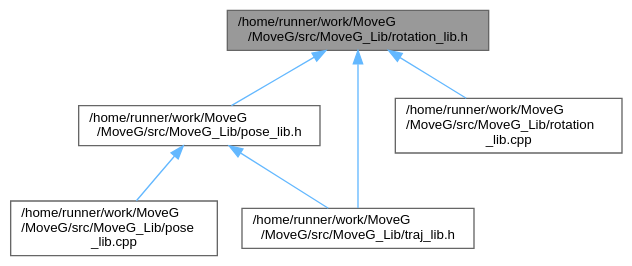
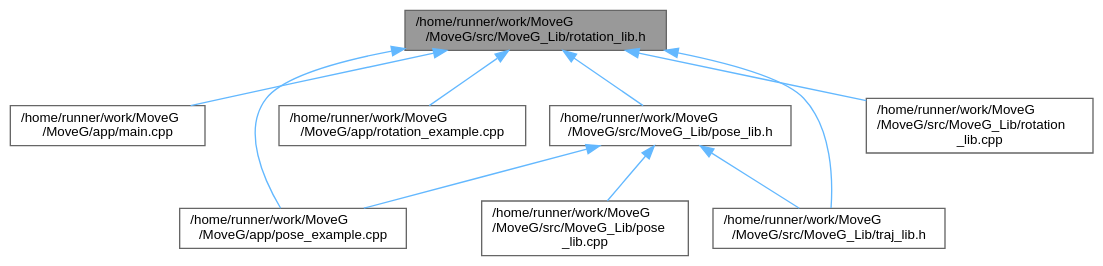
One commit to GiorgioMedico/MoveG changed the diagram in rotation__lib_8h__dep__incl.dot. Above: the diagram before and after it, drawn with Graphviz. The commit also changed 235 other files, not shown here.

```diff
--- a/rotation__lib_8h__dep__incl.dot
+++ b/rotation__lib_8h__dep__incl.dot
@@ -1,17 +1,25 @@
 digraph "/home/runner/work/MoveG/MoveG/src/MoveG_Lib/rotation_lib.h"
 {
+ // INTERACTIVE_SVG=YES
  // LATEX_PDF_SIZE
   bgcolor="transparent";
   edge [fontname=Helvetica,fontsize=10,labelfontname=Helvetica,labelfontsize=10];
   node [fontname=Helvetica,fontsize=10,shape=box,height=0.2,width=0.4];
   Node1 [id="Node000001",label="/home/runner/work/MoveG\l/MoveG/src/MoveG_Lib/rotation_lib.h",height=0.2,width=0.4,color="gray40", fillcolor="grey60", style="filled", fontcolor="black",tooltip="Class for representing and manipulating 3D rotations."];
   Node1 -> Node2 [id="edge1_Node000001_Node000002",dir="back",color="steelblue1",style="solid",tooltip=" "];
-  Node2 [id="Node000002",label="/home/runner/work/MoveG\l/MoveG/src/MoveG_Lib/pose_lib.h",height=0.2,width=0.4,color="grey40", fillcolor="white", style="filled",URL="$pose__lib_8h.html",tooltip="Class for representing Poses."];
-  Node2 -> Node3 [id="edge2_Node000002_Node000003",dir="back",color="steelblue1",style="solid",tooltip=" "];
-  Node3 [id="Node000003",label="/home/runner/work/MoveG\l/MoveG/src/MoveG_Lib/pose\l_lib.cpp",height=0.2,width=0.4,color="grey40", fillcolor="white", style="filled",URL="$pose__lib_8cpp.html",tooltip="Class for representing Poses."];
-  Node2 -> Node4 [id="edge3_Node000002_Node000004",dir="back",color="steelblue1",style="solid",tooltip=" "];
-  Node4 [id="Node000004",label="/home/runner/work/MoveG\l/MoveG/src/MoveG_Lib/traj_lib.h",height=0.2,width=0.4,color="grey40", fillcolor="white", style="filled",URL="$traj__lib_8h.html",tooltip="Classe per la rappresentazione di Traiettorie."];
+  Node2 [id="Node000002",label="/home/runner/work/MoveG\l/MoveG/app/main.cpp",height=0.2,width=0.4,color="grey40", fillcolor="white", style="filled",URL="$main_8cpp.html",tooltip=" "];
+  Node1 -> Node3 [id="edge2_Node000001_Node000003",dir="back",color="steelblue1",style="solid",tooltip=" "];
+  Node3 [id="Node000003",label="/home/runner/work/MoveG\l/MoveG/app/pose_example.cpp",height=0.2,width=0.4,color="grey40", fillcolor="white", style="filled",URL="$pose__example_8cpp.html",tooltip="Example demonstrating usage of the MoveG Pose library."];
+  Node1 -> Node4 [id="edge3_Node000001_Node000004",dir="back",color="steelblue1",style="solid",tooltip=" "];
+  Node4 [id="Node000004",label="/home/runner/work/MoveG\l/MoveG/app/rotation_example.cpp",height=0.2,width=0.4,color="grey40", fillcolor="white", style="filled",URL="$rotation__example_8cpp.html",tooltip="Example demonstrating usage of the MoveG Rotation library."];
   Node1 -> Node5 [id="edge4_Node000001_Node000005",dir="back",color="steelblue1",style="solid",tooltip=" "];
-  Node5 [id="Node000005",label="/home/runner/work/MoveG\l/MoveG/src/MoveG_Lib/rotation\l_lib.cpp",height=0.2,width=0.4,color="grey40", fillcolor="white", style="filled",URL="$rotation__lib_8cpp.html",tooltip="Class for representing and manipulating 3D rotations."];
-  Node1 -> Node4 [id="edge5_Node000001_Node000004",dir="back",color="steelblue1",style="solid",tooltip=" "];
+  Node5 [id="Node000005",label="/home/runner/work/MoveG\l/MoveG/src/MoveG_Lib/pose_lib.h",height=0.2,width=0.4,color="grey40", fillcolor="white", style="filled",URL="$pose__lib_8h.html",tooltip="Class for representing Poses."];
+  Node5 -> Node3 [id="edge5_Node000005_Node000003",dir="back",color="steelblue1",style="solid",tooltip=" "];
+  Node5 -> Node6 [id="edge6_Node000005_Node000006",dir="back",color="steelblue1",style="solid",tooltip=" "];
+  Node6 [id="Node000006",label="/home/runner/work/MoveG\l/MoveG/src/MoveG_Lib/pose\l_lib.cpp",height=0.2,width=0.4,color="grey40", fillcolor="white", style="filled",URL="$pose__lib_8cpp.html",tooltip="Class for representing Poses."];
+  Node5 -> Node7 [id="edge7_Node000005_Node000007",dir="back",color="steelblue1",style="solid",tooltip=" "];
+  Node7 [id="Node000007",label="/home/runner/work/MoveG\l/MoveG/src/MoveG_Lib/traj_lib.h",height=0.2,width=0.4,color="grey40", fillcolor="white", style="filled",URL="$traj__lib_8h.html",tooltip="Classe per la rappresentazione di Traiettorie."];
+  Node1 -> Node8 [id="edge8_Node000001_Node000008",dir="back",color="steelblue1",style="solid",tooltip=" "];
+  Node8 [id="Node000008",label="/home/runner/work/MoveG\l/MoveG/src/MoveG_Lib/rotation\l_lib.cpp",height=0.2,width=0.4,color="grey40", fillcolor="white", style="filled",URL="$rotation__lib_8cpp.html",tooltip="Class for representing and manipulating 3D rotations."];
+  Node1 -> Node7 [id="edge9_Node000001_Node000007",dir="back",color="steelblue1",style="solid",tooltip=" "];
 }
```
